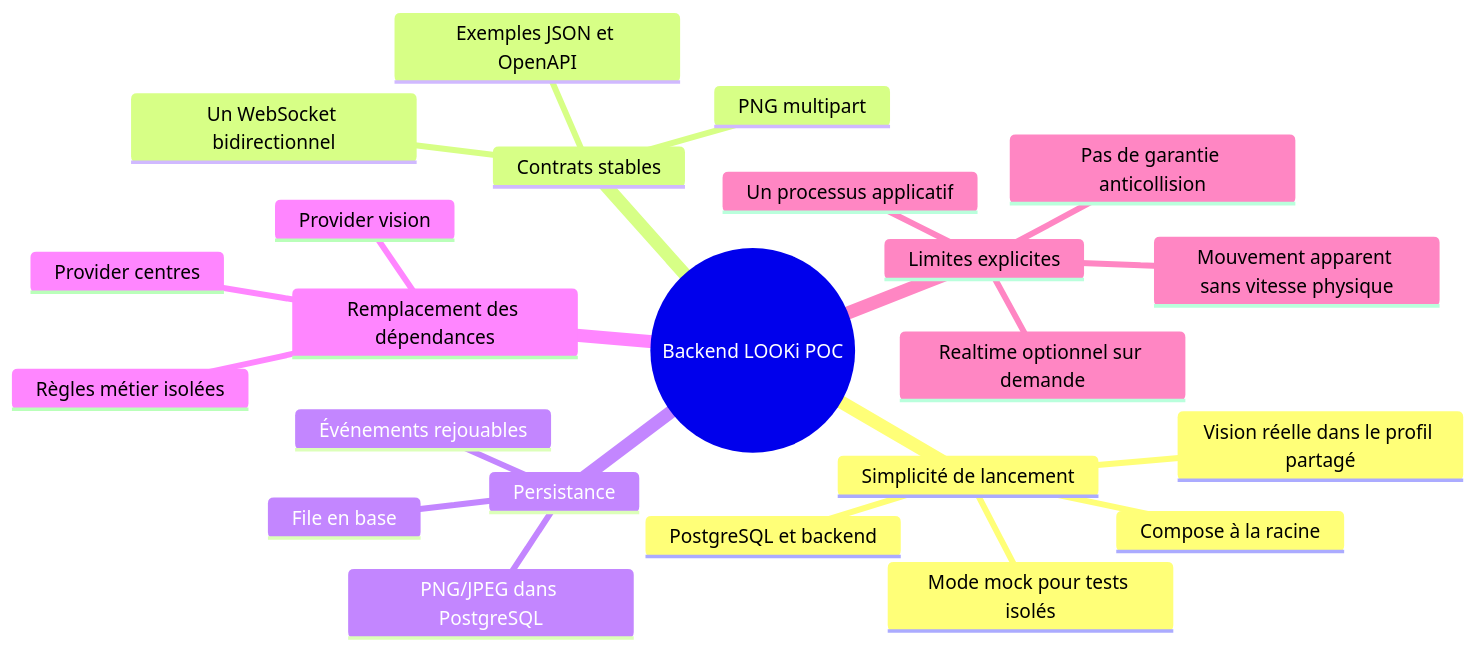
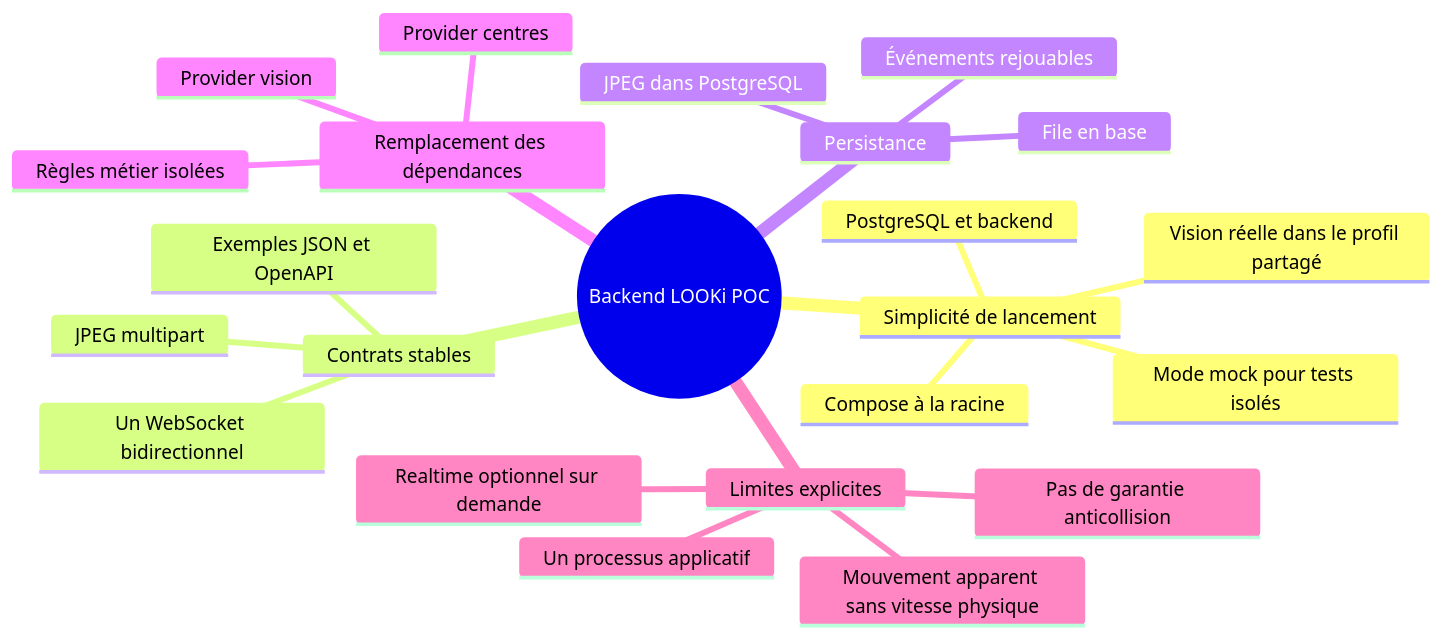
Before and after one commit to Mindsept/Looki--Vision: the first of 5 diagrams in docs/07-decisions-et-limites.md, drawn with Mermaid. The commit also changed other lines of this file and 26 other files, not shown here.

````diff
--- a/docs/07-decisions-et-limites.md
+++ b/docs/07-decisions-et-limites.md
@@ -7,26 +7,26 @@
 ```mermaid
 mindmap
   root((Backend LOOKi POC))
     Simplicité de lancement
       Compose à la racine
       PostgreSQL et backend
       Vision réelle dans le profil partagé
       Mode mock pour tests isolés
     Contrats stables
-      PNG multipart
+      JPEG multipart
       Un WebSocket bidirectionnel
       Exemples JSON et OpenAPI
     Persistance
-      PNG/JPEG dans PostgreSQL
+      JPEG dans PostgreSQL
       File en base
       Événements rejouables
     Remplacement des dépendances
       Provider vision
       Provider centres
       Règles métier isolées
     Limites explicites
       Un processus applicatif
       Mouvement apparent sans vitesse physique
       Realtime optionnel sur demande
       Pas de garantie anticollision
 ```
````
